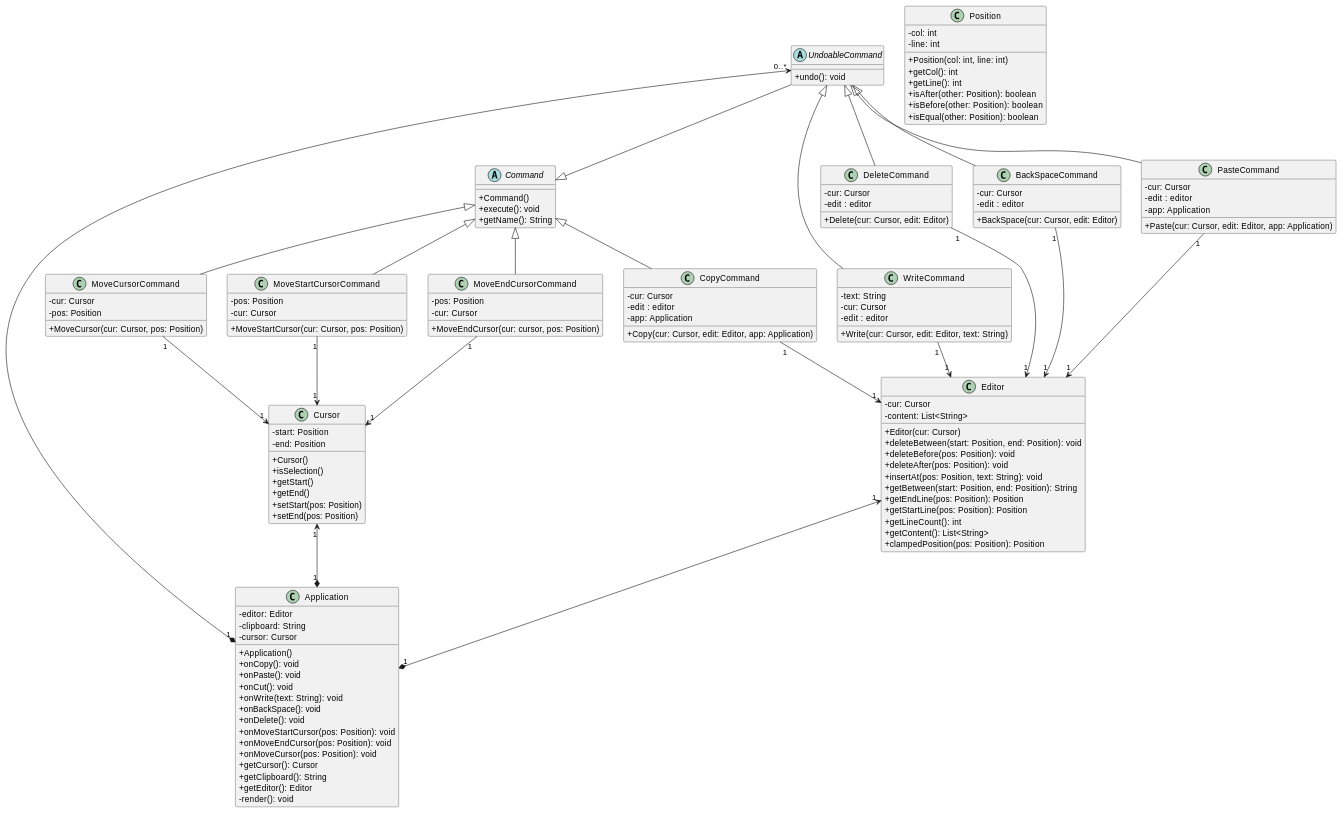
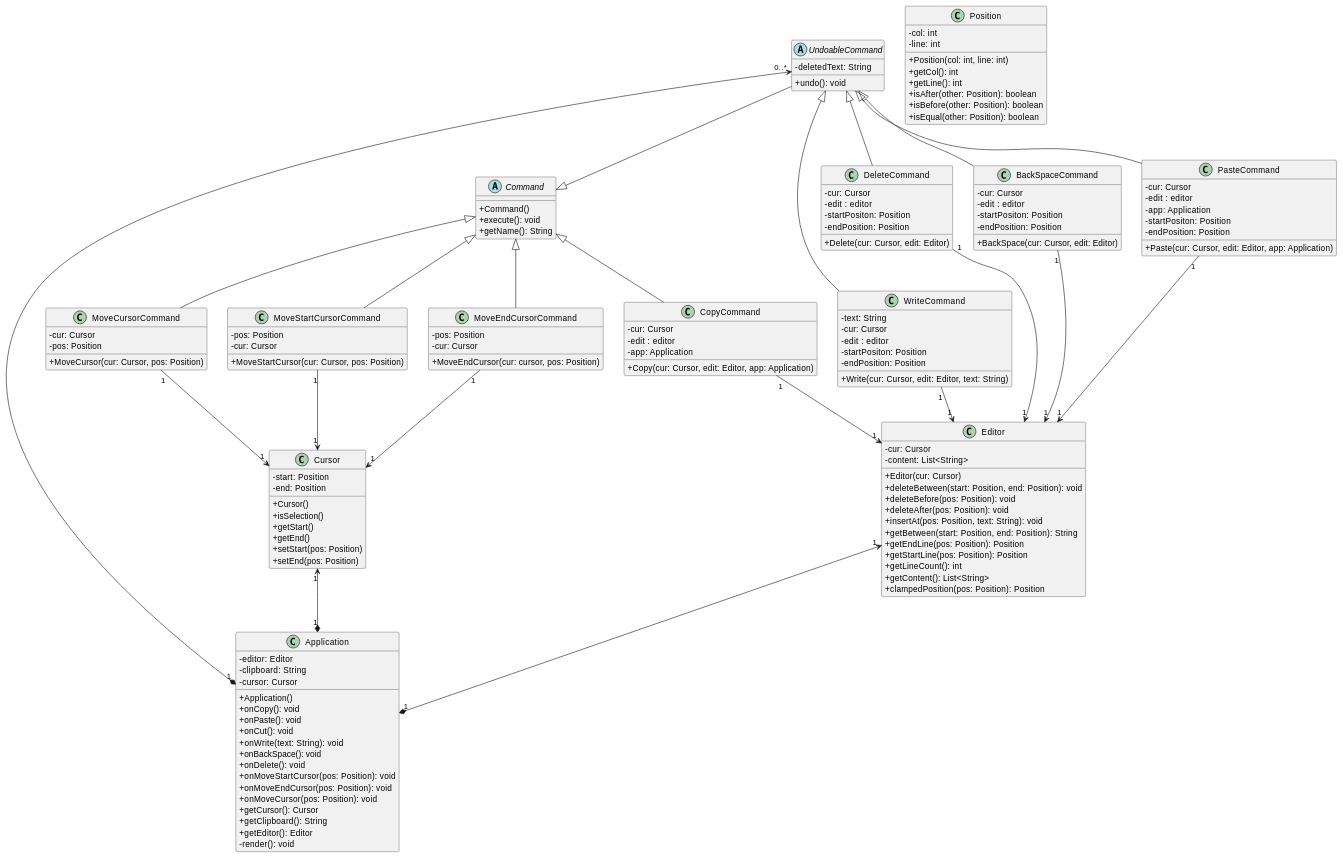
One commit to CodyAdam/another-useless-text-editor changed the fourth of 6 diagrams in README.md. Above: the diagram before and after it, drawn with PlantUML.

Commit message:
second version class diagramm V2

```diff
--- a/README.md
+++ b/README.md
@@ -441,6 +441,7 @@
     }
 
     Abstract UndoableCommand{
+        -deletedText: String
         +undo(): void
     }
     
@@ -470,18 +471,24 @@
         -text: String
         -cur: Cursor
         -edit : editor
+        -startPositon: Position
+        -endPosition: Position
         +Write(cur: Cursor, edit: Editor, text: String)
     }
 
     class DeleteCommand {
         -cur: Cursor
         -edit : editor
+        -startPositon: Position
+        -endPosition: Position
         +Delete(cur: Cursor, edit: Editor)
     }
 
     class BackSpaceCommand {
         -cur: Cursor
         -edit : editor
+        -startPositon: Position
+        -endPosition: Position
         +BackSpace(cur: Cursor, edit: Editor)
     }
 
@@ -496,6 +503,8 @@
         -cur: Cursor
         -edit : editor
         -app: Application
+        -startPositon: Position
+        -endPosition: Position
         +Paste(cur: Cursor, edit: Editor, app: Application)
     }
 
```
